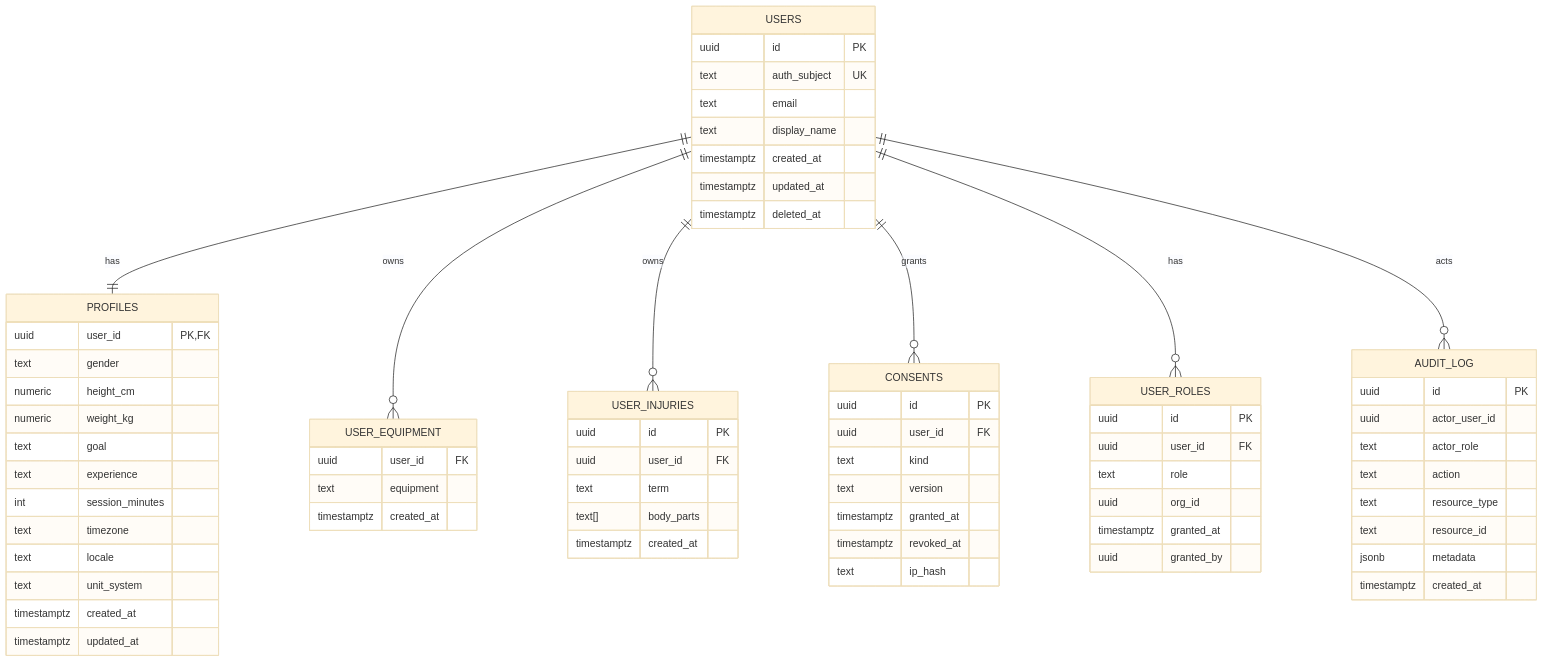
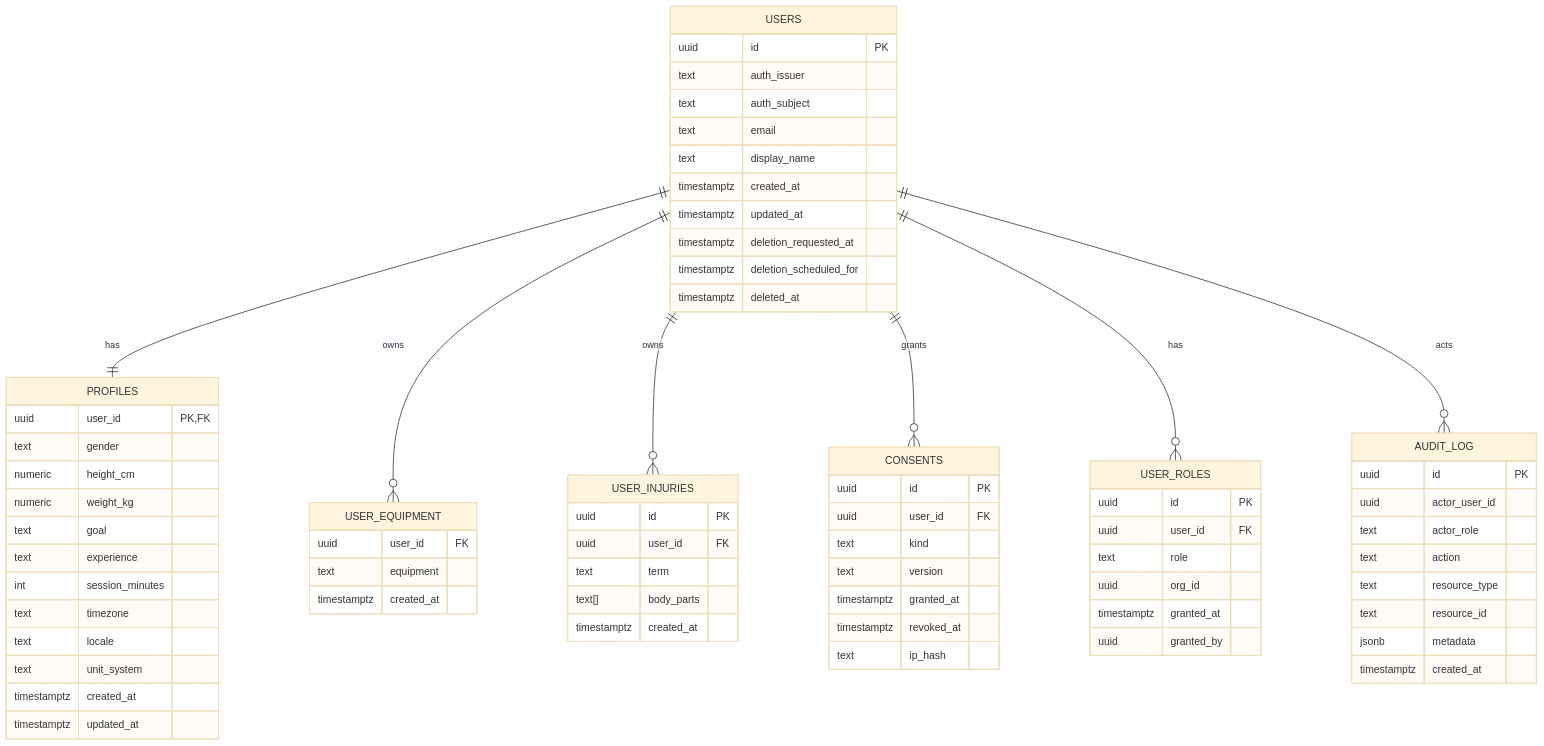
Before and after one commit to ridwanafazn/fitness-rs-api: the diagram in docs/data-model.md, drawn with Mermaid (base theme). The commit also changed other lines of this file and 46 other files, not shown here.

````diff
--- a/docs/data-model.md
+++ b/docs/data-model.md
@@ -18,78 +18,81 @@
 ```mermaid
 erDiagram
     USERS ||--|| PROFILES : has
     USERS ||--o{ USER_EQUIPMENT : owns
     USERS ||--o{ USER_INJURIES : owns
     USERS ||--o{ CONSENTS : grants
     USERS ||--o{ USER_ROLES : has
     USERS ||--o{ AUDIT_LOG : acts
 
     USERS {
         uuid id PK
-        text auth_subject UK
+        text auth_issuer
+        text auth_subject
         text email
         text display_name
         timestamptz created_at
         timestamptz updated_at
+        timestamptz deletion_requested_at
+        timestamptz deletion_scheduled_for
         timestamptz deleted_at
     }
 
     PROFILES {
         uuid user_id PK,FK
         text gender
         numeric height_cm
         numeric weight_kg
         text goal
         text experience
         int session_minutes
         text timezone
         text locale
         text unit_system
         timestamptz created_at
         timestamptz updated_at
     }
 
     USER_EQUIPMENT {
         uuid user_id FK
         text equipment
         timestamptz created_at
     }
 
     USER_INJURIES {
         uuid id PK
         uuid user_id FK
         text term
         text[] body_parts
         timestamptz created_at
     }
 
     CONSENTS {
         uuid id PK
         uuid user_id FK
         text kind
         text version
         timestamptz granted_at
         timestamptz revoked_at
         text ip_hash
     }
 
     USER_ROLES {
         uuid id PK
         uuid user_id FK
         text role
         uuid org_id
         timestamptz granted_at
         uuid granted_by
     }
 
     AUDIT_LOG {
         uuid id PK
         uuid actor_user_id
         text actor_role
         text action
         text resource_type
         text resource_id
         jsonb metadata
         timestamptz created_at
     }
 ```
````
